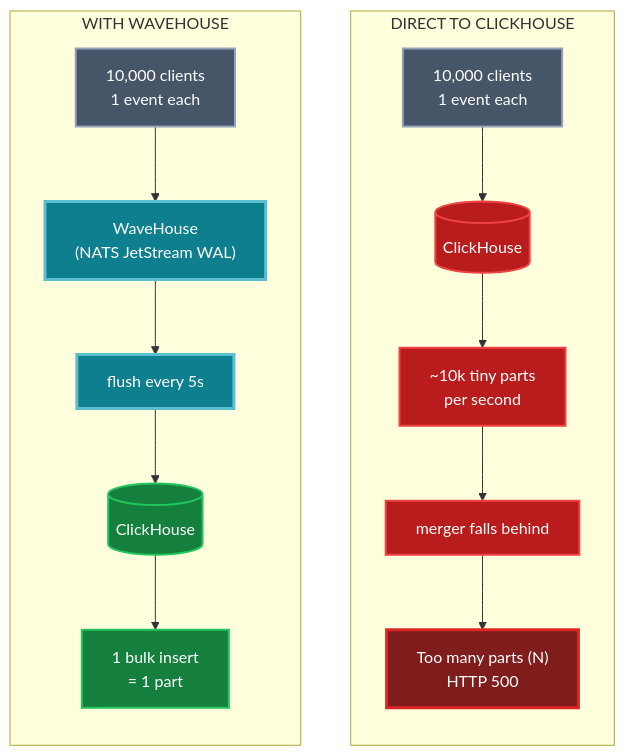
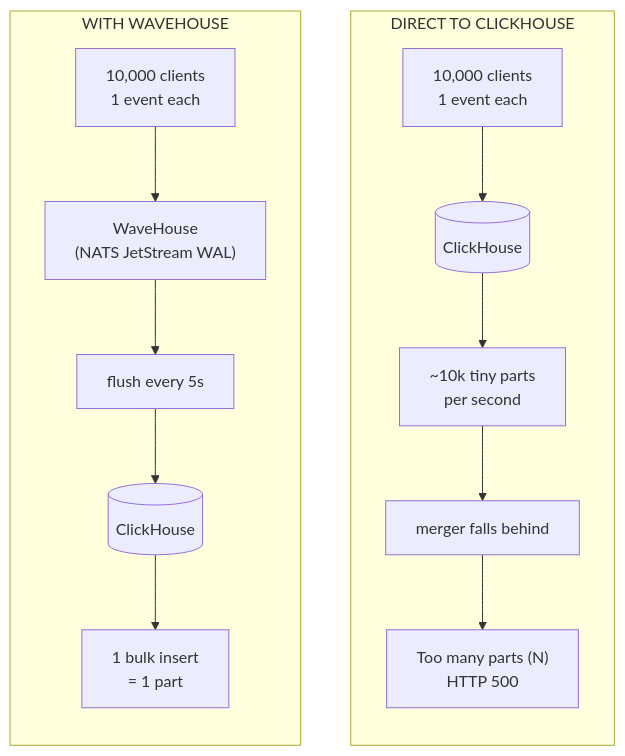
One commit to Wave-RF/WaveHouse changed the first of 7 diagrams in docs/src/content/docs/why-wavehouse.md. Above: the diagram before and after it, drawn with Mermaid. The commit also changed other lines of this file and 7 other files, not shown here.

Commit message:
prettier mermaid diagrams

````diff
--- a/docs/src/content/docs/why-wavehouse.md
+++ b/docs/src/content/docs/why-wavehouse.md
@@ -20,26 +20,20 @@
 ```mermaid
 flowchart TB
-    classDef pain fill:#b91c1c,stroke:#ef4444,color:#fff,stroke-width:2px
-    classDef fail fill:#7f1d1d,stroke:#dc2626,color:#fff,stroke-width:3px
-    classDef win fill:#15803d,stroke:#22c55e,color:#fff,stroke-width:2px
-    classDef wh fill:#0e7f8f,stroke:#5bbfcf,color:#fff,stroke-width:3px
-    classDef neutral fill:#475569,stroke:#94a3b8,color:#fff,stroke-width:2px
-
     subgraph bad["DIRECT TO CLICKHOUSE"]
         direction TB
         CA["10,000 clients<br/>1 event each"]:::neutral
         CA --> CHA[("ClickHouse")]:::pain
         CHA --> P1["~10k tiny parts<br/>per second"]:::pain
         P1 --> P2["merger falls behind"]:::pain
         P2 --> BOOM["Too many parts (N)<br/>HTTP 500"]:::fail
     end
 
     subgraph good["WITH WAVEHOUSE"]
         direction TB
         CB["10,000 clients<br/>1 event each"]:::neutral
         CB --> WH["WaveHouse<br/>(NATS JetStream WAL)"]:::wh
         WH --> FLUSH["flush every 5s"]:::wh
         FLUSH --> CHB[("ClickHouse")]:::win
         CHB --> OK["1 bulk insert<br/>= 1 part"]:::win
     end
 ```
````
